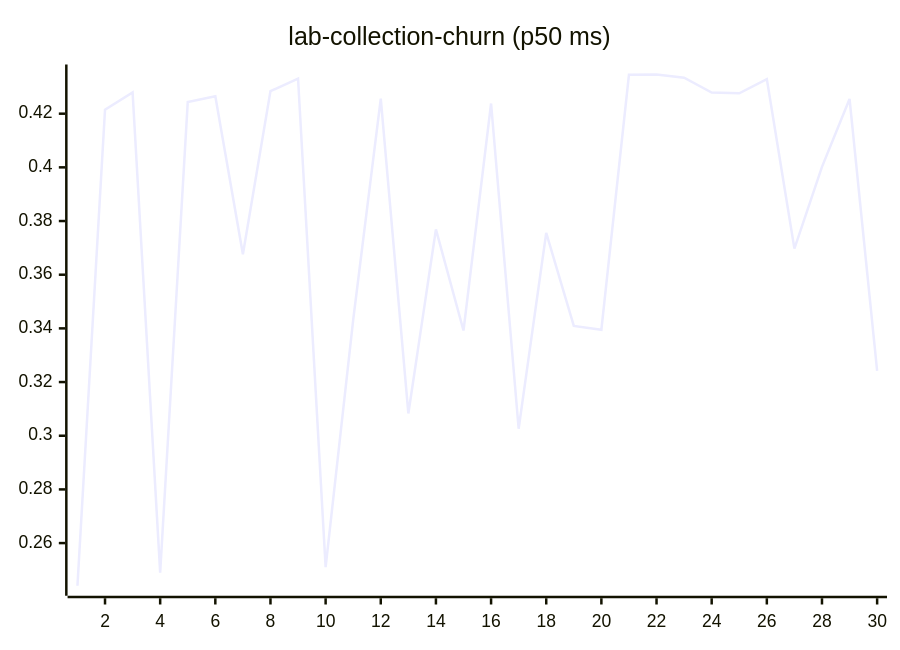
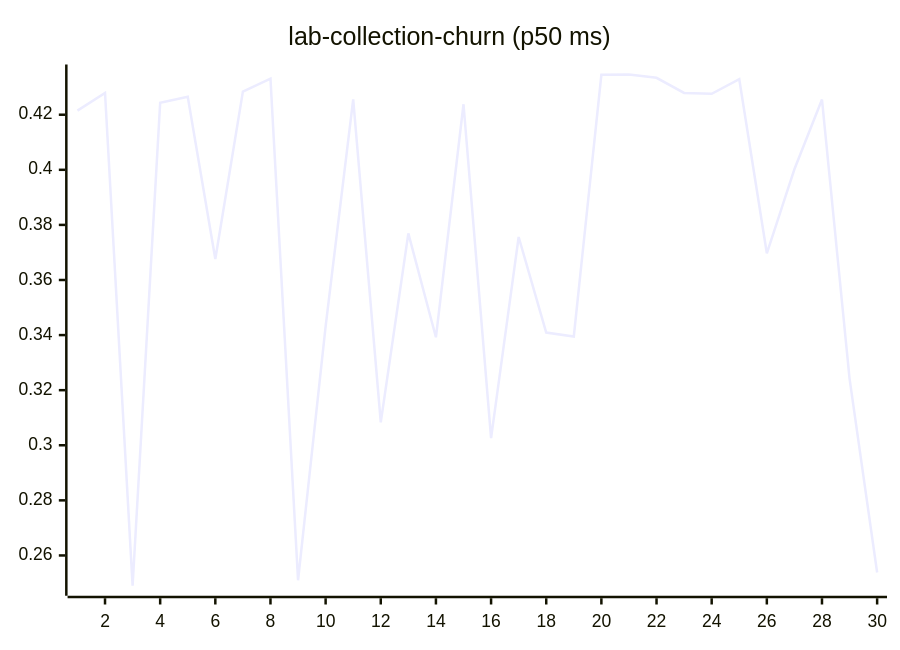
Before and after one commit to josha/Facet: diagram 11 of 27 in README.md, drawn with Mermaid. The commit also changed other lines of this file and 2 other files, not shown here.

````diff
--- a/README.md
+++ b/README.md
@@ -133,6 +133,6 @@
 ```mermaid
 xychart-beta
     title "lab-collection-churn (p50 ms)"
     x-axis 1 --> 30
-    line [0.2441, 0.4215, 0.4279, 0.2490, 0.4243, 0.4265, 0.3676, 0.4284, 0.4331, 0.2510, 0.3432, 0.4256, 0.3083, 0.3769, 0.3392, 0.4238, 0.3026, 0.3756, 0.3409, 0.3395, 0.4345, 0.4346, 0.4334, 0.4279, 0.4276, 0.4329, 0.3697, 0.4002, 0.4255, 0.3242]
+    line [0.4215, 0.4279, 0.2490, 0.4243, 0.4265, 0.3676, 0.4284, 0.4331, 0.2510, 0.3432, 0.4256, 0.3083, 0.3769, 0.3392, 0.4238, 0.3026, 0.3756, 0.3409, 0.3395, 0.4345, 0.4346, 0.4334, 0.4279, 0.4276, 0.4329, 0.3697, 0.4002, 0.4255, 0.3242, 0.2538]
 ```
````
